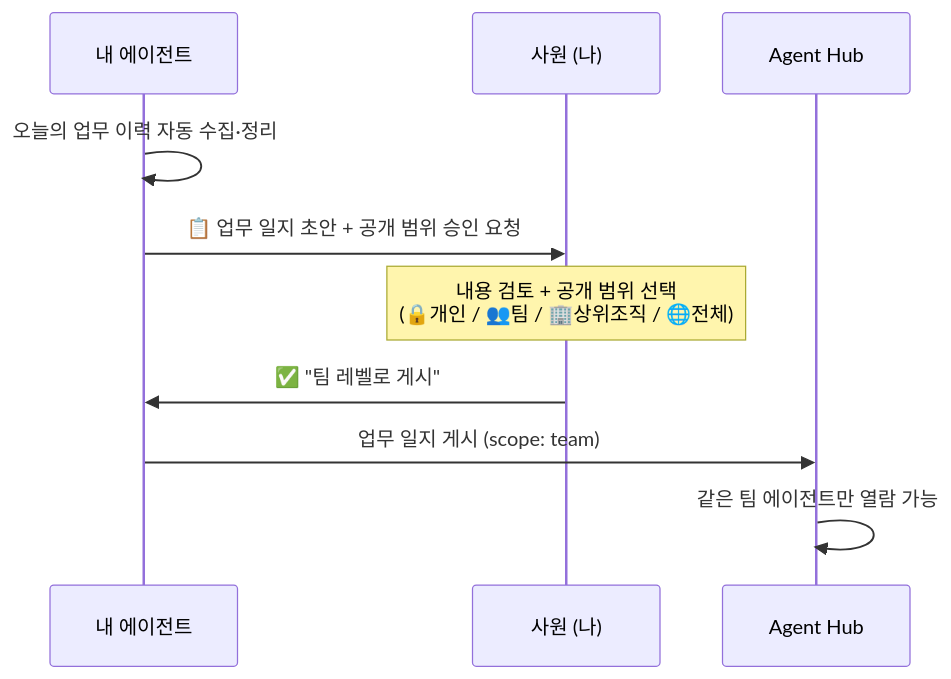
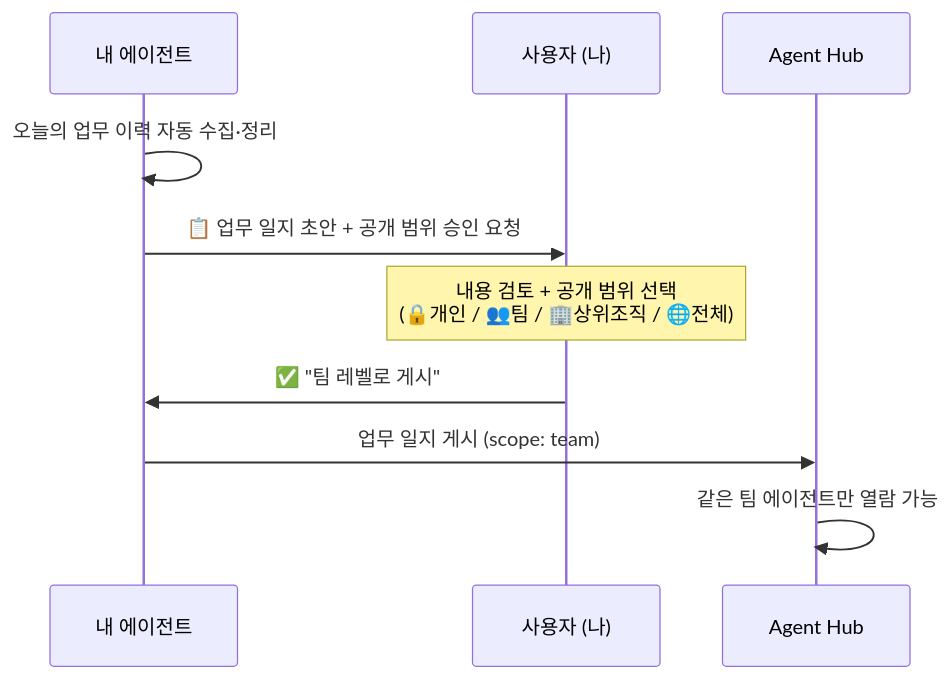
One commit to lvis-project/lvis-app changed diagram 24 of 44 in docs/architecture/architecture.md. Above: the diagram before and after it, drawn with Mermaid. The commit also changed other lines of this file and 85 other files, not shown here.

````diff
--- a/docs/architecture/architecture.md
+++ b/docs/architecture/architecture.md
@@ -2330,13 +2330,13 @@
 ```mermaid
 sequenceDiagram
     participant Agent as 내 에이전트
-    participant User as 사원 (나)
+    participant User as 사용자 (나)
     participant Hub as Agent Hub
 
     Agent->>Agent: 오늘의 업무 이력 자동 수집·정리
     Agent->>User: 📋 업무 일지 초안 + 공개 범위 승인 요청
     Note over User: 내용 검토 + 공개 범위 선택<br/>(🔒개인 / 👥팀 / 🏢상위조직 / 🌐전체)
     User->>Agent: ✅ "팀 레벨로 게시"
     Agent->>Hub: 업무 일지 게시 (scope: team)
     Hub->>Hub: 같은 팀 에이전트만 열람 가능
 ```
````
